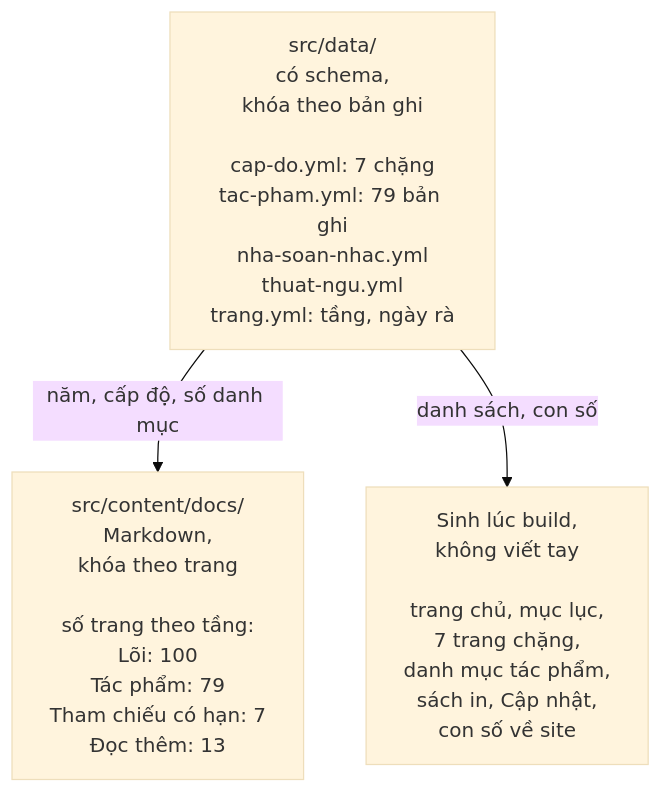
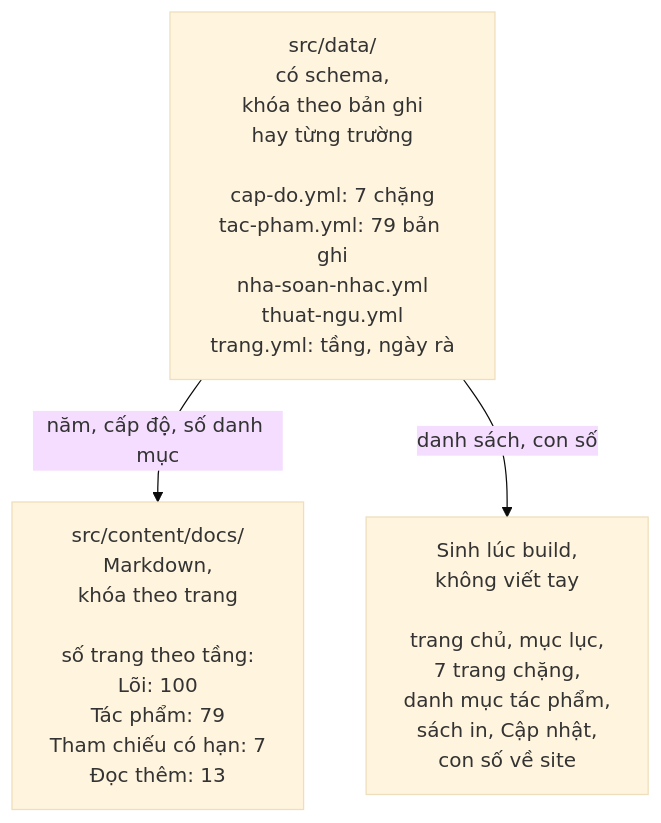
One commit to mtuann/opus changed the fourth of 6 diagrams in plans/lam-lai/so-do.md. Above: the diagram before and after it, drawn with Mermaid (base theme). The commit also changed 4 other files, not shown here.

First line of the commit message:
Kế hoạch, kiểm lại lần hai: trường khóa ở đợt 2 ghi rõ, khóa từng phần thống nhất

````diff
--- a/plans/lam-lai/so-do.md
+++ b/plans/lam-lai/so-do.md
@@ -54,8 +54,8 @@
 ```mermaid
 flowchart TB
-  DATA["src/data/<br/>có schema,<br/>khóa theo bản ghi<br/><br/>cap-do.yml: 7 chặng<br/>tac-pham.yml: 79 bản ghi<br/>nha-soan-nhac.yml<br/>thuat-ngu.yml<br/>trang.yml: tầng, ngày rà"]
+  DATA["src/data/<br/>có schema,<br/>khóa theo bản ghi<br/>hay từng trường<br/><br/>cap-do.yml: 7 chặng<br/>tac-pham.yml: 79 bản ghi<br/>nha-soan-nhac.yml<br/>thuat-ngu.yml<br/>trang.yml: tầng, ngày rà"]
   PAGES["src/content/docs/<br/>Markdown,<br/>khóa theo trang<br/><br/>số trang theo tầng:<br/>Lõi: 100<br/>Tác phẩm: 79<br/>Tham chiếu có hạn: 7<br/>Đọc thêm: 13"]
   GEN["Sinh lúc build,<br/>không viết tay<br/><br/>trang chủ, mục lục,<br/>7 trang chặng,<br/>danh mục tác phẩm,<br/>sách in, Cập nhật,<br/>con số về site"]
   DATA -->|năm, cấp độ, số danh mục| PAGES
   DATA -->|danh sách, con số| GEN
 ```
````
